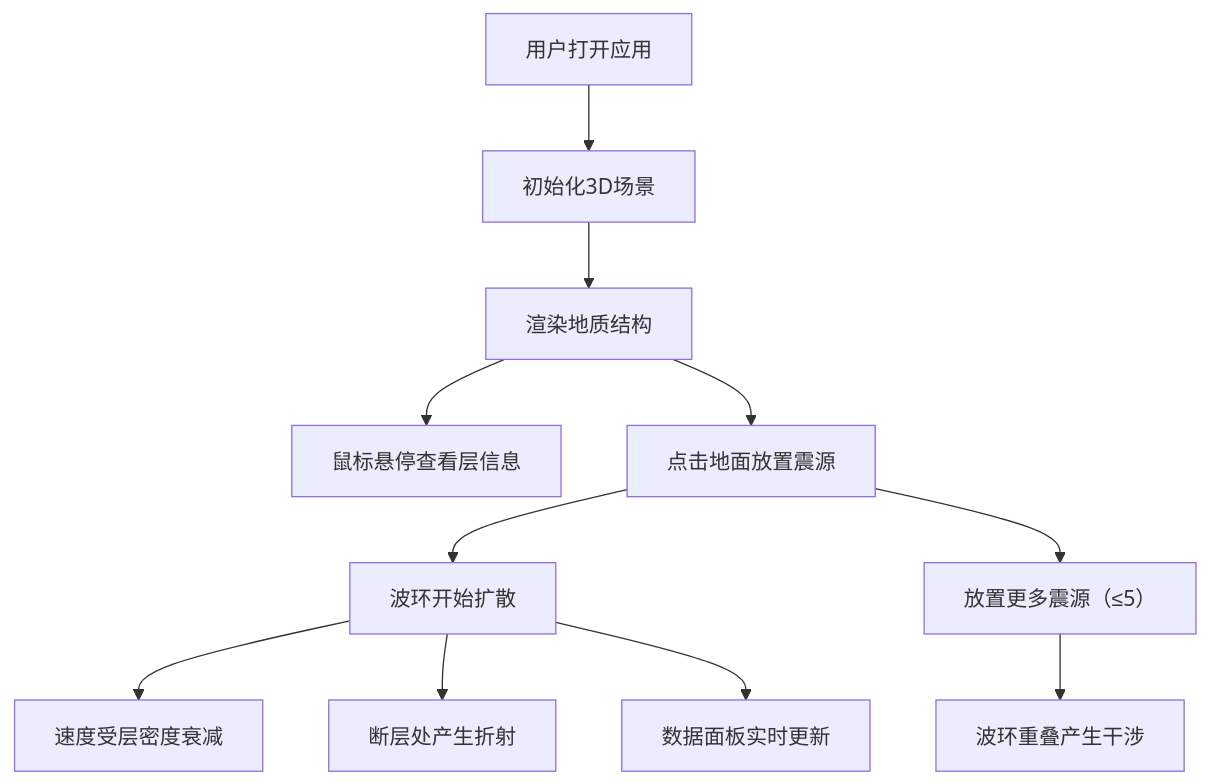
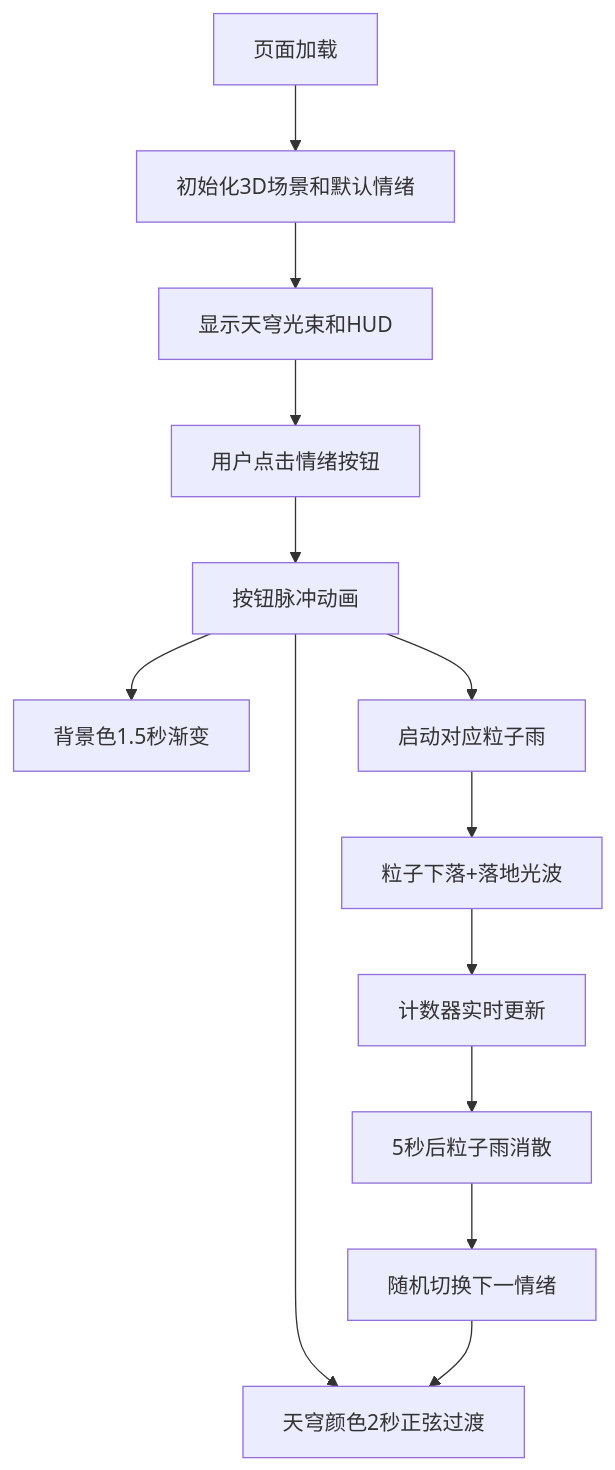
Before and after one commit to SChen0447/solo: the diagram in cp1_6.9_auto86/.trae/documents/PRD.md, drawn with Mermaid. The commit also changed other lines of this file and 14 other files, not shown here.

````diff
--- a/cp1_6.9_auto86/.trae/documents/PRD.md
+++ b/cp1_6.9_auto86/.trae/documents/PRD.md
@@ -33,13 +29,15 @@
 ```mermaid
 flowchart TD
-    A["用户打开应用"] --> B["初始化3D场景"]
-    B --> C["渲染地质结构"]
-    C --> D["鼠标悬停查看层信息"]
-    C --> E["点击地面放置震源"]
-    E --> F["波环开始扩散"]
-    F --> G["速度受层密度衰减"]
-    F --> H["断层处产生折射"]
-    E --> I["放置更多震源（≤5）"]
-    I --> J["波环重叠产生干涉"]
-    F --> K["数据面板实时更新"]
+    A["页面加载"] --> B["初始化3D场景和默认情绪"]
+    B --> C["显示天穹光束和HUD"]
+    C --> D["用户点击情绪按钮"]
+    D --> E["按钮脉冲动画"]
+    E --> F["天穹颜色2秒正弦过渡"]
+    E --> G["背景色1.5秒渐变"]
+    E --> H["启动对应粒子雨"]
+    H --> I["粒子下落+落地光波"]
+    I --> J["计数器实时更新"]
+    J --> K["5秒后粒子雨消散"]
+    K --> L["随机切换下一情绪"]
+    L --> F
 ```
````
